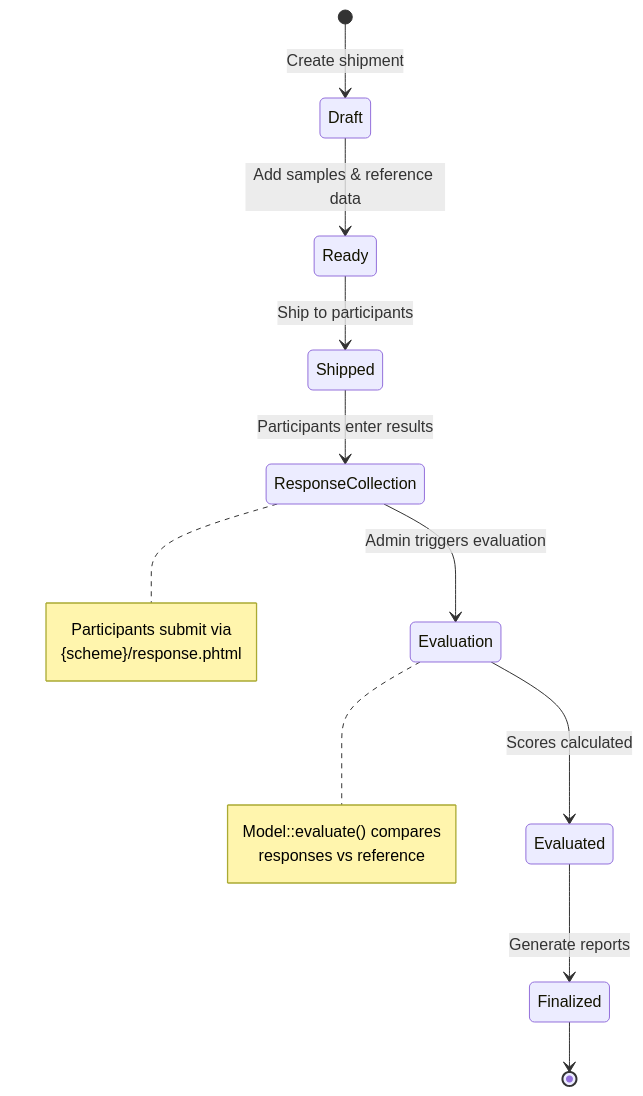
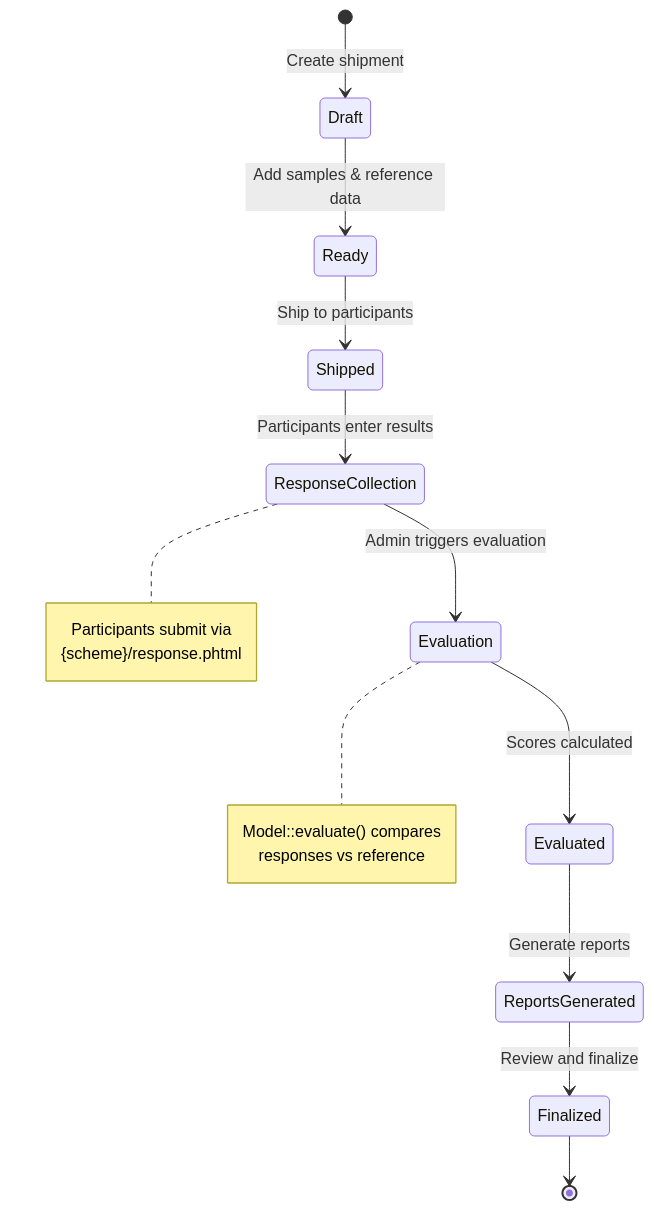
The sixth of 9 diagrams in docs/SchemeArchitecture.md (deforay/ept), drawn with Mermaid before and after one commit. The commit also changed other lines of this file and 39 other files, not shown here.

````diff
--- a/docs/SchemeArchitecture.md
+++ b/docs/SchemeArchitecture.md
@@ -594,21 +594,22 @@
 ```mermaid
 stateDiagram-v2
     [*] --> Draft: Create shipment
     Draft --> Ready: Add samples & reference data
     Ready --> Shipped: Ship to participants
     Shipped --> ResponseCollection: Participants enter results
     ResponseCollection --> Evaluation: Admin triggers evaluation
     Evaluation --> Evaluated: Scores calculated
-    Evaluated --> Finalized: Generate reports
+    Evaluated --> ReportsGenerated: Generate reports
+    ReportsGenerated --> Finalized: Review and finalize
     Finalized --> [*]
 
     note right of ResponseCollection
         Participants submit via
         {scheme}/response.phtml
     end note
 
     note right of Evaluation
         Model::evaluate() compares
         responses vs reference
     end note
 ```
````
